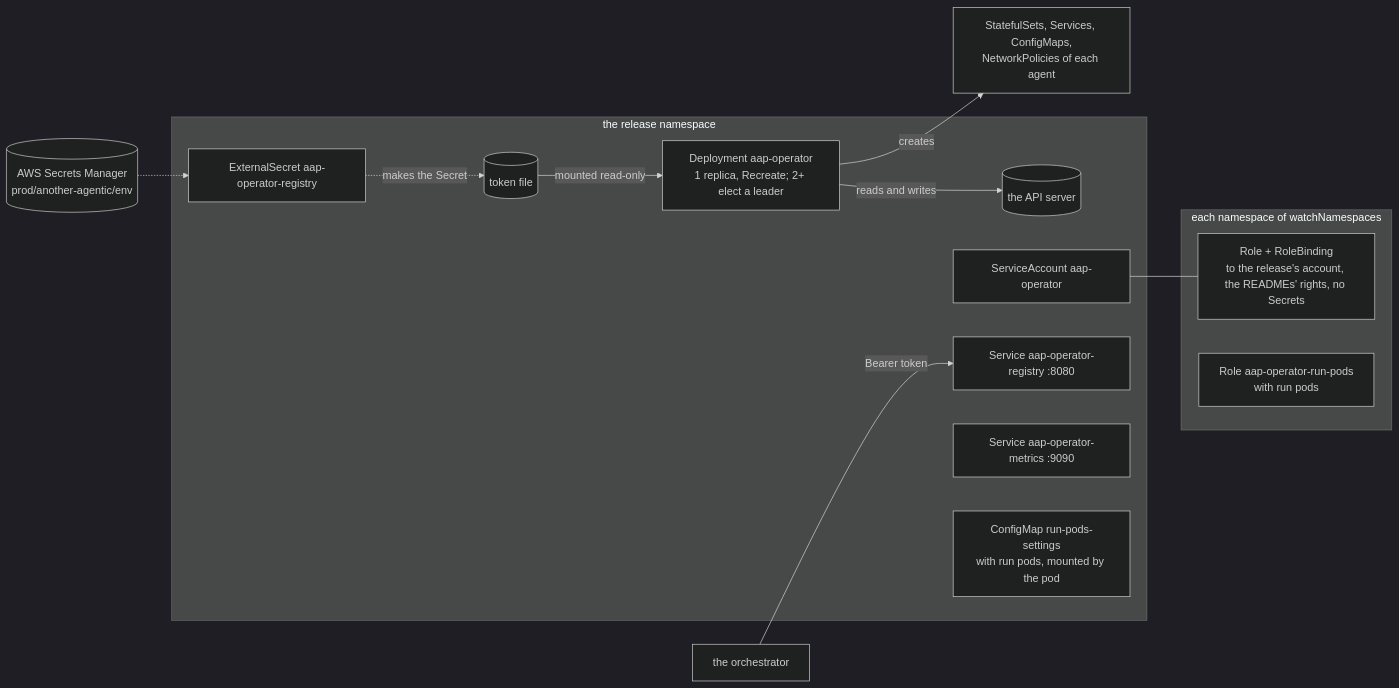
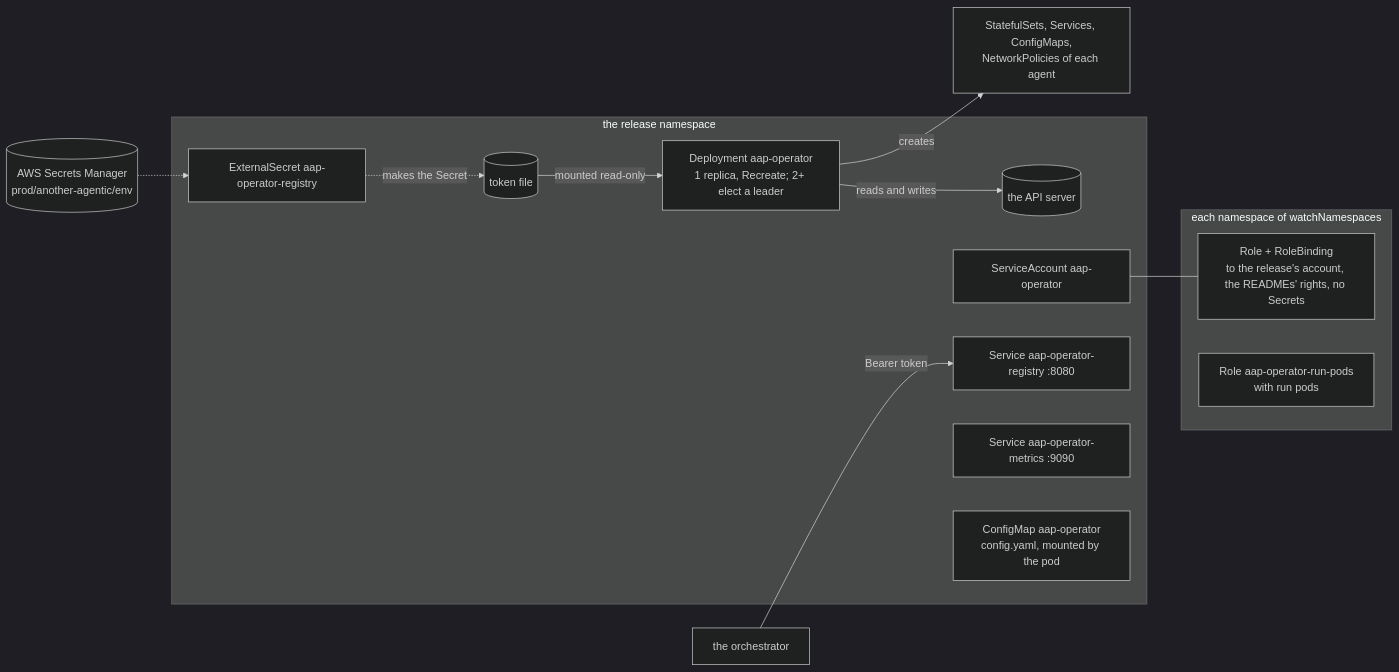
Before and after one commit to vymalo/another-agentic-platform: the first of 4 diagrams in deploy/operator/README.md, drawn with Mermaid (dark theme). The commit also changed other lines of this file and 57 other files, not shown here.

Commit message:
feat(operator): read one YAML configuration file (WIP, unverified)

````diff
--- a/deploy/operator/README.md
+++ b/deploy/operator/README.md
@@ -10,20 +10,20 @@
 ```mermaid
 flowchart LR
   subgraph rel[the release namespace]
     D[Deployment aap-operator<br/>1 replica, Recreate; 2+ elect a leader] -->|reads and writes| API[(the API server)]
     SA[ServiceAccount aap-operator]
     S1[Service aap-operator-registry :8080]
     S2[Service aap-operator-metrics :9090]
     ES[ExternalSecret aap-operator-registry] -.->|makes the Secret| T[(token file)]
     T -->|mounted read-only| D
-    CM[ConfigMap run-pods-settings<br/>with run pods, mounted by the pod]
+    CM[ConfigMap aap-operator<br/>config.yaml, mounted by the pod]
   end
   subgraph watch[each namespace of watchNamespaces]
     R[Role + RoleBinding<br/>to the release's account, the READMEs' rights, no Secrets]
     RP[Role aap-operator-run-pods<br/>with run pods]
   end
   SA --- R
   AWS[(AWS Secrets Manager<br/>prod/another-agentic/env)] -.-> ES
   O[the orchestrator] -->|Bearer token| S1
   D -->|creates| A[StatefulSets, Services, ConfigMaps,<br/>NetworkPolicies of each agent]
 ```
````
